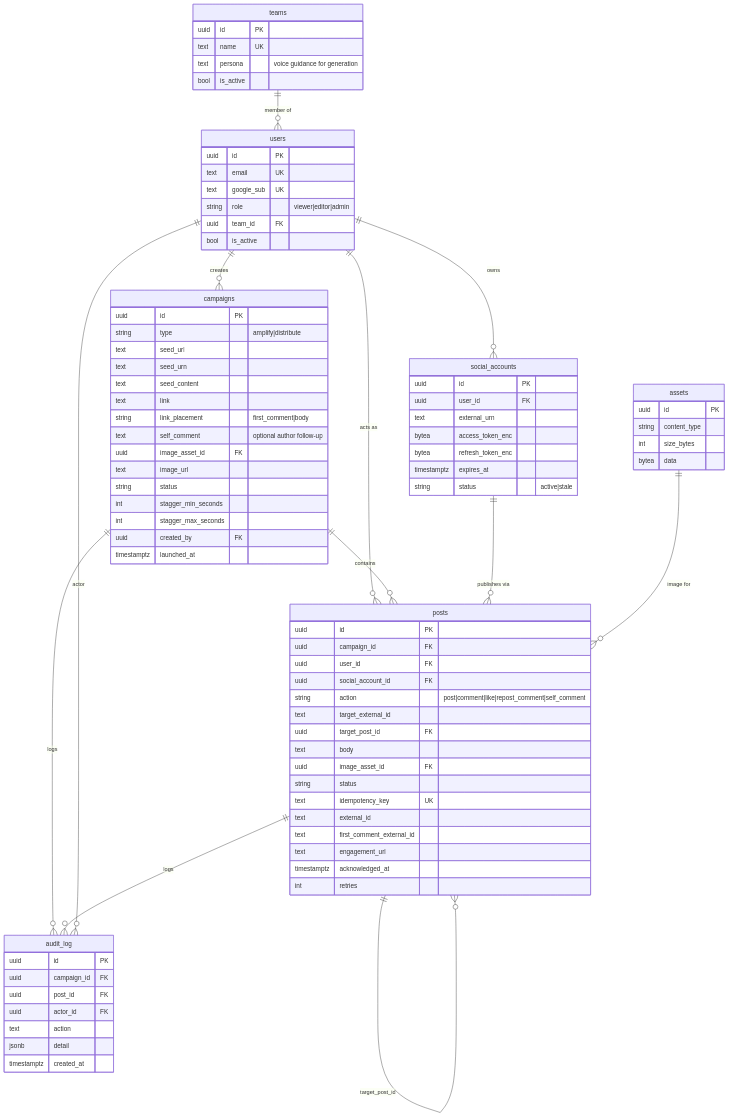
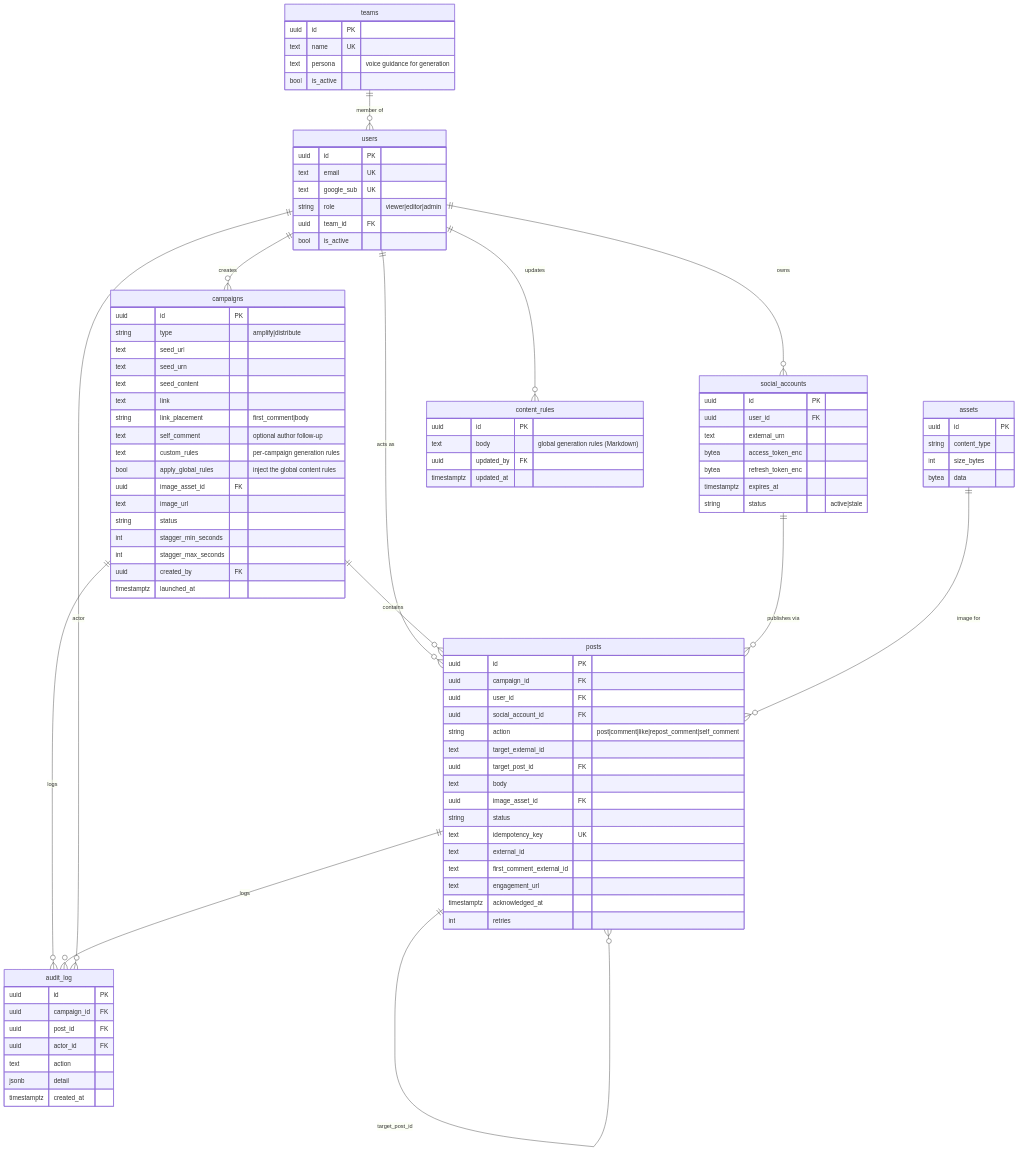
One commit to S1LV3RJ1NX/superHype changed the fourth of 7 diagrams in docs/ARCHITECTURE.md. Above: the diagram before and after it, drawn with Mermaid. The commit also changed other lines of this file and 1 other file, not shown here.

First line of the commit message:
Document content rules and campaign controls

````diff
--- a/docs/ARCHITECTURE.md
+++ b/docs/ARCHITECTURE.md
@@ -176,6 +176,7 @@
     campaigns ||--o{ audit_log : logs
     posts ||--o{ audit_log : logs
     users ||--o{ audit_log : actor
+    users ||--o{ content_rules : updates
 
     teams {
         uuid id PK
@@ -209,6 +210,8 @@
         text link
         string link_placement "first_comment|body"
         text self_comment "optional author follow-up"
+        text custom_rules "per-campaign generation rules"
+        bool apply_global_rules "inject the global content rules"
         uuid image_asset_id FK
         text image_url
         string status
@@ -250,4 +253,10 @@
         jsonb detail
         timestamptz created_at
     }
+    content_rules {
+        uuid id PK
+        text body "global generation rules (Markdown)"
+        uuid updated_by FK
+        timestamptz updated_at
+    }
 ```
````
